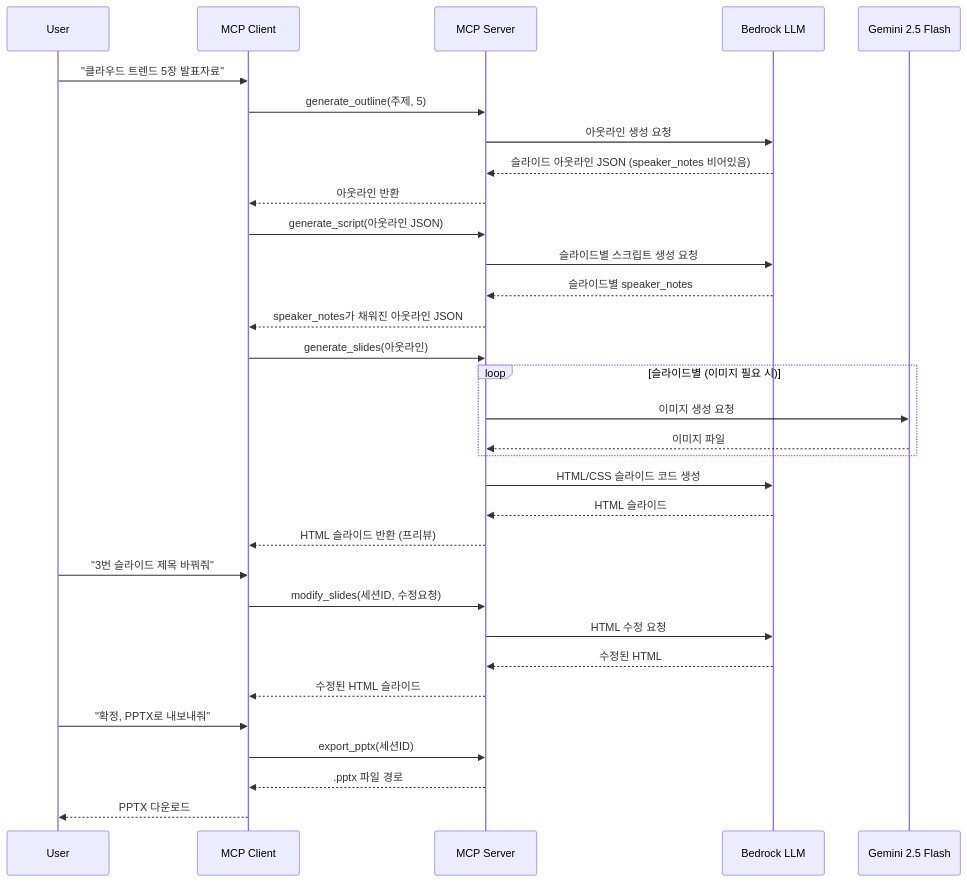
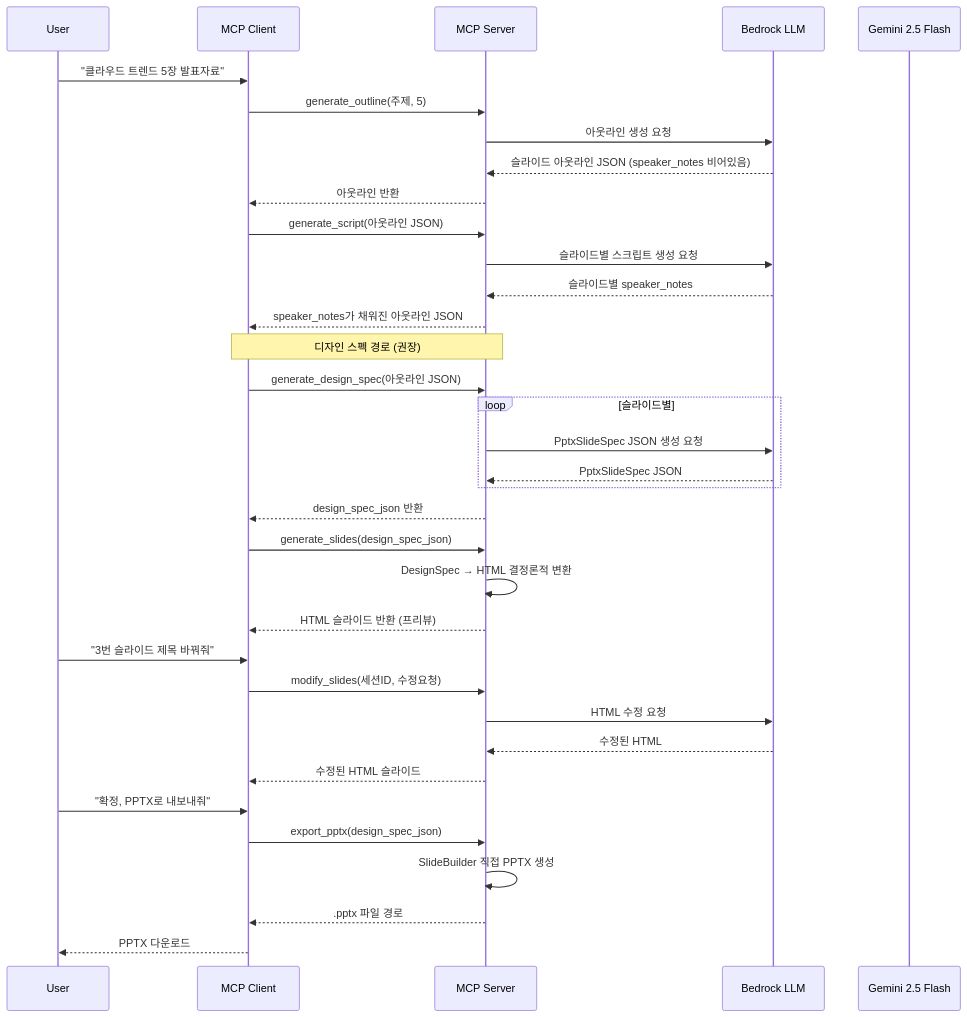
One commit to haandol/ppt-generator changed the third of 3 diagrams in docs/ppt-generator.alps.md. Above: the diagram before and after it, drawn with Mermaid. The commit also changed other lines of this file and 8 other files, not shown here.

````diff
--- a/docs/ppt-generator.alps.md
+++ b/docs/ppt-generator.alps.md
@@ -167,39 +167,43 @@
 ```mermaid
 sequenceDiagram
     participant User
     participant MCPClient as MCP Client
     participant MCPServer as MCP Server
     participant Bedrock as Bedrock LLM
     participant Gemini as Gemini 2.5 Flash
 
     User->>MCPClient: "클라우드 트렌드 5장 발표자료"
     MCPClient->>MCPServer: generate_outline(주제, 5)
     MCPServer->>Bedrock: 아웃라인 생성 요청
     Bedrock-->>MCPServer: 슬라이드 아웃라인 JSON (speaker_notes 비어있음)
     MCPServer-->>MCPClient: 아웃라인 반환
 
     MCPClient->>MCPServer: generate_script(아웃라인 JSON)
     MCPServer->>Bedrock: 슬라이드별 스크립트 생성 요청
     Bedrock-->>MCPServer: 슬라이드별 speaker_notes
     MCPServer-->>MCPClient: speaker_notes가 채워진 아웃라인 JSON
 
-    MCPClient->>MCPServer: generate_slides(아웃라인)
-    loop 슬라이드별 (이미지 필요 시)
-        MCPServer->>Gemini: 이미지 생성 요청
-        Gemini-->>MCPServer: 이미지 파일
+    Note over MCPClient,MCPServer: 디자인 스펙 경로 (권장)
+    MCPClient->>MCPServer: generate_design_spec(아웃라인 JSON)
+    loop 슬라이드별
+        MCPServer->>Bedrock: PptxSlideSpec JSON 생성 요청
+        Bedrock-->>MCPServer: PptxSlideSpec JSON
     end
-    MCPServer->>Bedrock: HTML/CSS 슬라이드 코드 생성
-    Bedrock-->>MCPServer: HTML 슬라이드
+    MCPServer-->>MCPClient: design_spec_json 반환
+
+    MCPClient->>MCPServer: generate_slides(design_spec_json)
+    MCPServer->>MCPServer: DesignSpec → HTML 결정론적 변환
     MCPServer-->>MCPClient: HTML 슬라이드 반환 (프리뷰)
 
     User->>MCPClient: "3번 슬라이드 제목 바꿔줘"
     MCPClient->>MCPServer: modify_slides(세션ID, 수정요청)
     MCPServer->>Bedrock: HTML 수정 요청
     Bedrock-->>MCPServer: 수정된 HTML
     MCPServer-->>MCPClient: 수정된 HTML 슬라이드
 
     User->>MCPClient: "확정, PPTX로 내보내줘"
-    MCPClient->>MCPServer: export_pptx(세션ID)
+    MCPClient->>MCPServer: export_pptx(design_spec_json)
+    MCPServer->>MCPServer: SlideBuilder 직접 PPTX 생성
     MCPServer-->>MCPClient: .pptx 파일 경로
     MCPClient-->>User: PPTX 다운로드
 ```
````
